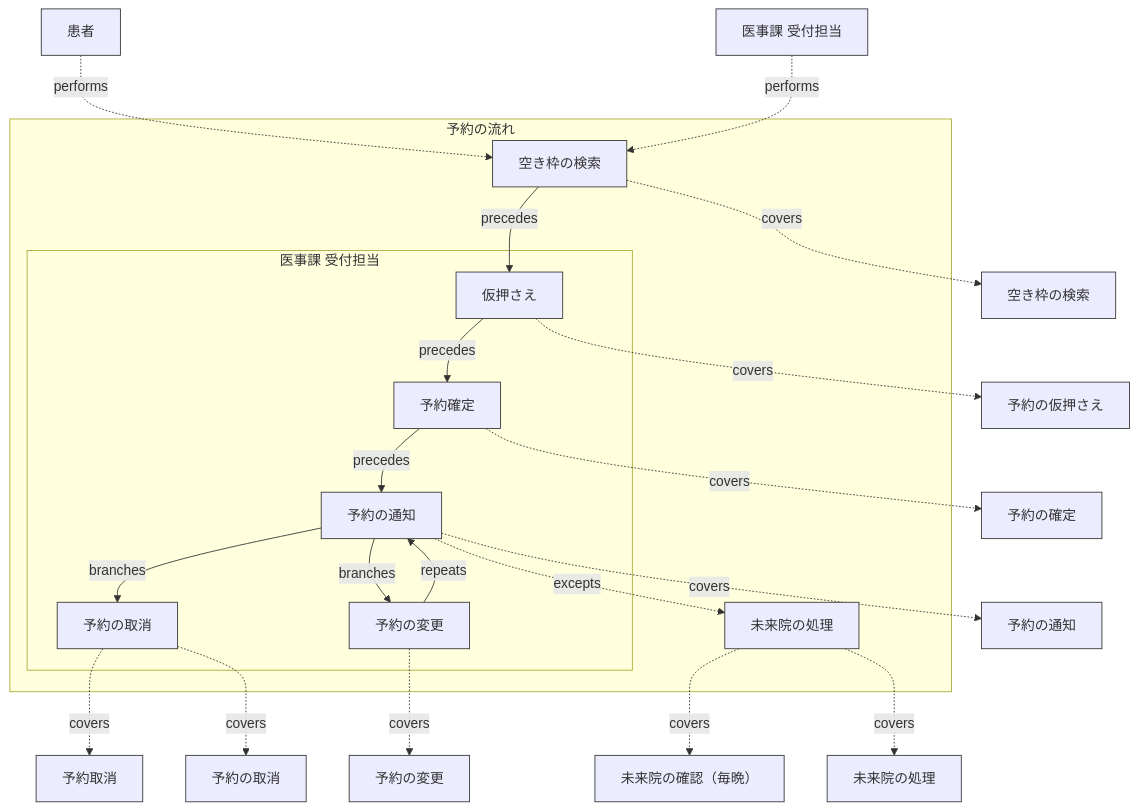
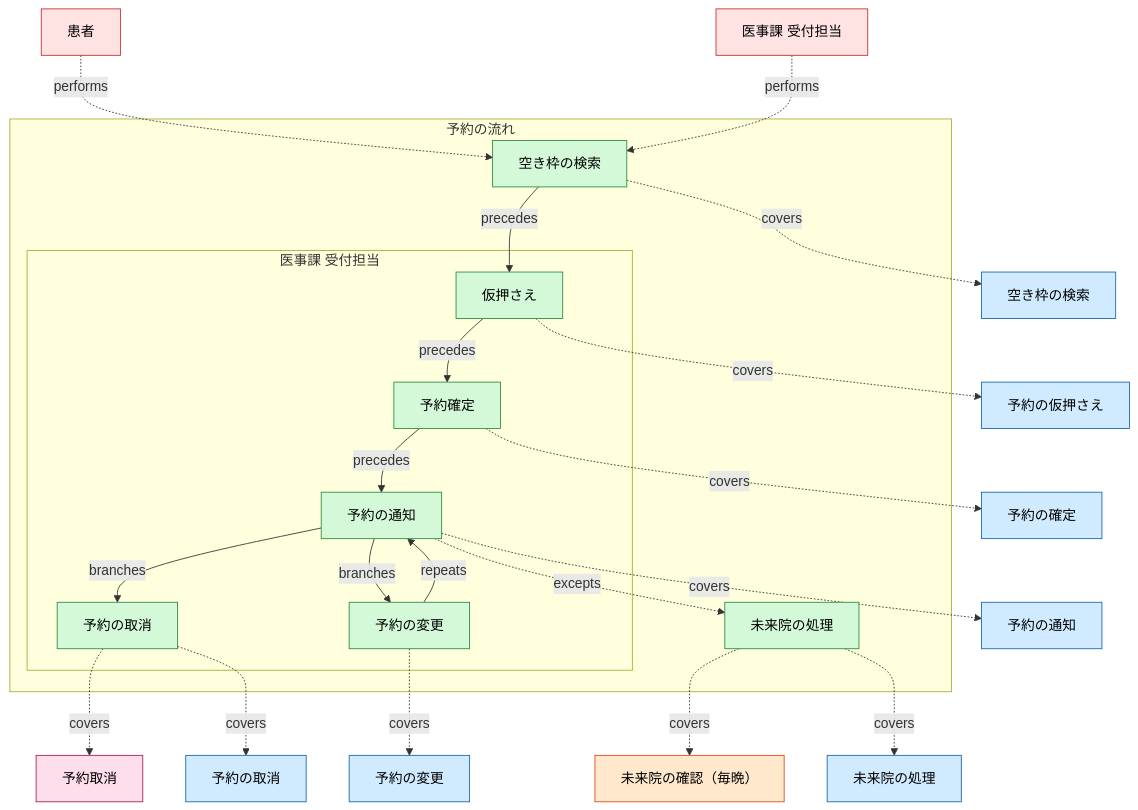
Before and after one commit to manji-0/rdra-ish-dsl: the sixth of 27 diagrams in samples/clinic-ops/design-sample.md, drawn with Mermaid. The commit also changed other lines of this file and 76 other files, not shown here.

First line of the commit message:
feat(cli): colour each RDRA element family in the flowchart diagrams

````diff
--- a/samples/clinic-ops/design-sample.md
+++ b/samples/clinic-ops/design-sample.md
@@ -688,56 +688,56 @@
 ```mermaid
 %% rdra-ish diagram=flow scope=buc:BucAppointmentScheduling model=samples/clinic-ops
 %% kinds: flow step lane actor timer usecase event
 %% omitted: buc
 flowchart TD
   subgraph flow__AppointmentFlow["予約の流れ"]
     step__AvailabilityStep["空き枠の検索"]:::step
     step__NoShowStep["未来院の処理"]:::step
     subgraph lane__AppointmentFlow__ReceptionClerk["医事課 受付担当"]
       %% lane lane__AppointmentFlow__ReceptionClerk: actor__ReceptionClerk
       step__BookStep["予約確定"]:::step
       step__CancelStep["予約の取消"]:::step
       step__NoticeStep["予約の通知"]:::step
       step__RescheduleStep["予約の変更"]:::step
       step__ReserveStep["仮押さえ"]:::step
     end
   end
   actor__Patient["患者"]:::actor
   %% desc actor__Patient: 病院で診療を受ける人。
   actor__ReceptionClerk["医事課 受付担当"]:::actor
   %% desc actor__ReceptionClerk: 初診・再診の受付、資格確認、紹介状の受付、予約を行う事務職員。
   timer__NoShowSweep["未来院の確認（毎晩）"]:::timer
   usecase__BookAppointment["予約の確定"]:::usecase
   usecase__CancelAppointment["予約の取消"]:::usecase
   usecase__MarkNoShow["未来院の処理"]:::usecase
   usecase__RescheduleAppointment["予約の変更"]:::usecase
   usecase__ReserveAppointment["予約の仮押さえ"]:::usecase
   usecase__SearchAvailability["空き枠の検索"]:::usecase
   usecase__SendAppointmentNotice["予約の通知"]:::usecase
   event__EvAppointmentCancelled["予約取消"]:::event
   actor__Patient -.->|performs| step__AvailabilityStep
   actor__ReceptionClerk -.->|performs| step__AvailabilityStep
   step__AvailabilityStep -.->|covers| usecase__SearchAvailability
   step__AvailabilityStep -->|precedes| step__ReserveStep
   step__BookStep -.->|covers| usecase__BookAppointment
   step__BookStep -->|precedes| step__NoticeStep
   step__CancelStep -.->|covers| event__EvAppointmentCancelled
   step__CancelStep -.->|covers| usecase__CancelAppointment
   step__NoShowStep -.->|covers| timer__NoShowSweep
   step__NoShowStep -.->|covers| usecase__MarkNoShow
   step__NoticeStep -->|branches| step__CancelStep
   step__NoticeStep -->|branches| step__RescheduleStep
   step__NoticeStep -.->|covers| usecase__SendAppointmentNotice
   step__NoticeStep -.->|excepts| step__NoShowStep
   step__RescheduleStep -.->|covers| usecase__RescheduleAppointment
   step__RescheduleStep -->|repeats| step__NoticeStep
   step__ReserveStep -.->|covers| usecase__ReserveAppointment
   step__ReserveStep -->|precedes| step__BookStep
-  classDef flow stroke:#333;
-  classDef step stroke:#333;
-  classDef lane stroke:#333;
-  classDef actor stroke:#333;
-  classDef timer stroke:#333;
-  classDef usecase stroke:#333;
-  classDef event stroke:#333;
+  classDef flow fill:#d3f9d8,stroke:#2b8a3e,color:#000;
+  classDef step fill:#d3f9d8,stroke:#2b8a3e,color:#000;
+  classDef lane fill:#d3f9d8,stroke:#2b8a3e,color:#000;
+  classDef actor fill:#ffe3e3,stroke:#c92a2a,color:#000;
+  classDef timer fill:#ffe8cc,stroke:#d9480f,color:#000;
+  classDef usecase fill:#d0ebff,stroke:#1864ab,color:#000;
+  classDef event fill:#ffdeeb,stroke:#a61e4d,color:#000;
 ```
````
